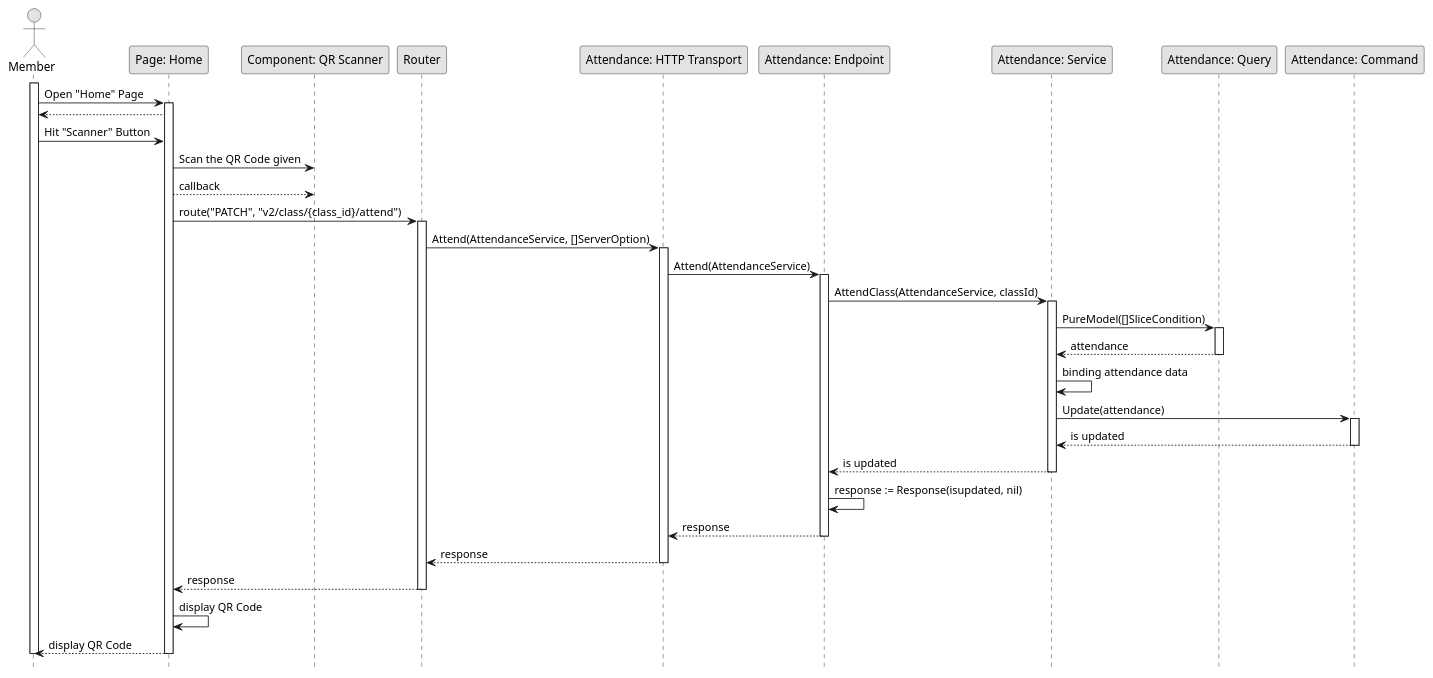
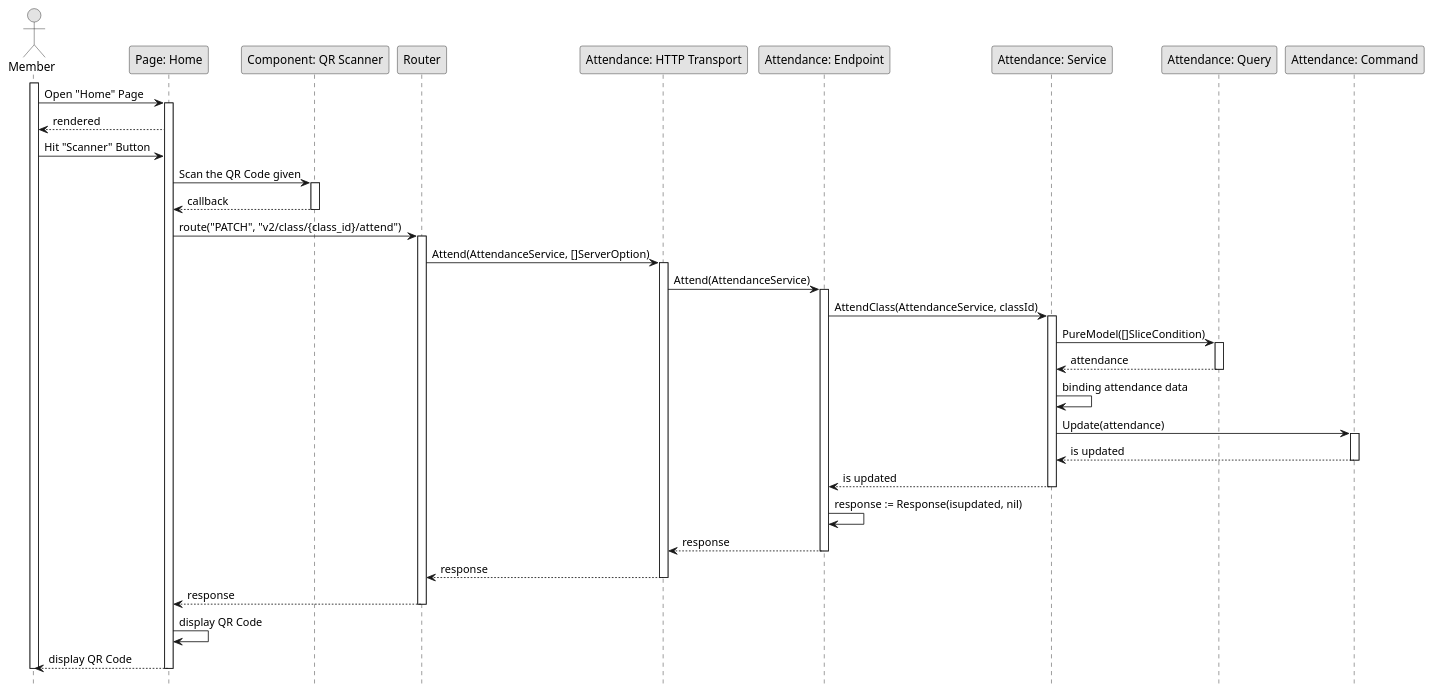
Before and after one commit to fwidjaya20/fazzlearning-uml: the diagram in Sequence/Release05/Attend.wsd, drawn with PlantUML. The commit also changed 1 other file, not shown here.

Commit message:
fix(sequence): adding return wording

```diff
--- a/Sequence/Release05/Attend.wsd
+++ b/Sequence/Release05/Attend.wsd
@@ -1,57 +1,59 @@
 @startuml Attend
 
 skinparam Monochrome true
 skinparam Shadowing false
 hide footbox
 
 actor Member
 participant "Page: Home" as HomePage
 participant "Component: QR Scanner" as QRScanner
 participant "Router" as Router
 participant "Attendance: HTTP Transport" as AttendanceHTTPTransport
 participant "Attendance: Endpoint" as AttendanceEndpoint
 participant "Attendance: Service" as AttendanceService
 participant "Attendance: Query" as AttendanceQuery
 participant "Attendance: Command" as AttendanceCommand
 
 activate Member
 
 Member->HomePage: Open "Home" Page
 activate HomePage
-HomePage-->Member
+HomePage-->Member: rendered
 Member->HomePage: Hit "Scanner" Button
 HomePage->QRScanner: Scan the QR Code given
-HomePage-->QRScanner: callback
+activate QRScanner
+QRScanner-->HomePage: callback
+deactivate QRScanner
 HomePage->Router: route("PATCH", "v2/class/{class_id}/attend")
 activate Router
 Router->AttendanceHTTPTransport: Attend(AttendanceService, []ServerOption)
 activate AttendanceHTTPTransport
 AttendanceHTTPTransport->AttendanceEndpoint: Attend(AttendanceService)
 activate AttendanceEndpoint
 AttendanceEndpoint->AttendanceService: AttendClass(AttendanceService, classId)
 activate AttendanceService
 AttendanceService->AttendanceQuery: PureModel([]SliceCondition)
 activate AttendanceQuery
 AttendanceQuery-->AttendanceService: attendance
 deactivate AttendanceQuery
 AttendanceService->AttendanceService: binding attendance data
 AttendanceService->AttendanceCommand: Update(attendance)
 activate AttendanceCommand
 AttendanceCommand-->AttendanceService: is updated
 deactivate AttendanceCommand
 AttendanceService-->AttendanceEndpoint: is updated
 deactivate AttendanceService
 AttendanceEndpoint->AttendanceEndpoint: response := Response(isupdated, nil)
 AttendanceEndpoint-->AttendanceHTTPTransport: response
 deactivate AttendanceEndpoint
 AttendanceHTTPTransport-->Router: response
 deactivate AttendanceHTTPTransport
 Router-->HomePage: response
 deactivate Router
 HomePage->HomePage: display QR Code
 HomePage-->Member: display QR Code
 deactivate HomePage
 
 deactivate Member
 
 @enduml
```
